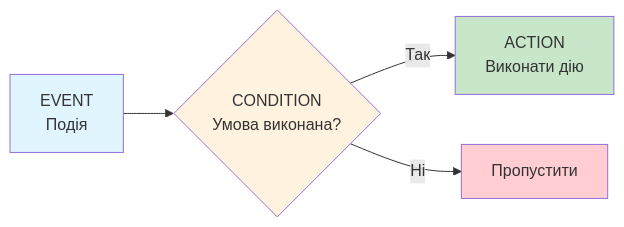
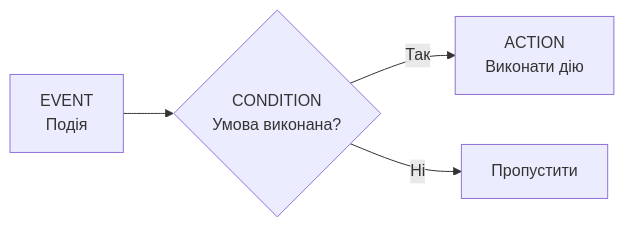
One commit to olroi421/course-bd changed the third of 6 diagrams in docs/presentations/presentation-10.md. Above: the diagram before and after it, drawn with Mermaid. The commit also changed other lines of this file, not shown here.

````diff
--- a/docs/presentations/presentation-10.md
+++ b/docs/presentations/presentation-10.md
@@ -386,11 +386,6 @@
 ```mermaid
 graph LR
     A[EVENT<br/>Подія] --> B{CONDITION<br/>Умова виконана?}
     B -->|Так| C[ACTION<br/>Виконати дію]
     B -->|Ні| D[Пропустити]
-
-    style A fill:#e1f5ff
-    style B fill:#fff3e0
-    style C fill:#c8e6c9
-    style D fill:#ffcdd2
 ```
````
